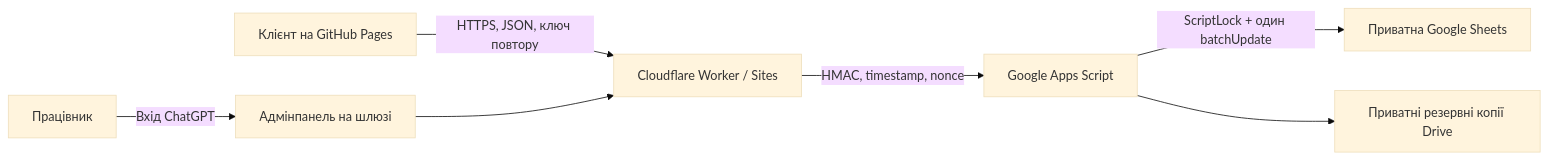
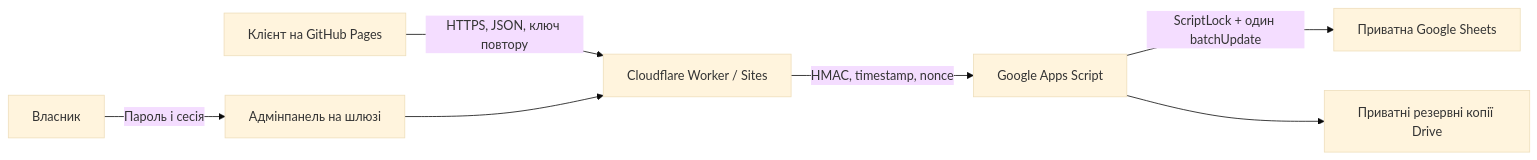
One commit to OlexanderKolsnyk/The_Royal_Barbershop changed the diagram in docs/ARCHITECTURE.md. Above: the diagram before and after it, drawn with Mermaid (base theme). The commit also changed other lines of this file and 22 other files, not shown here.

````diff
--- a/docs/ARCHITECTURE.md
+++ b/docs/ARCHITECTURE.md
@@ -3,9 +3,9 @@
 ```mermaid
 flowchart LR
   Client[Клієнт на GitHub Pages] -->|HTTPS, JSON, ключ повтору| Gateway[Cloudflare Worker / Sites]
-  Staff[Працівник] -->|Вхід ChatGPT| Admin[Адмінпанель на шлюзі]
+  Staff[Власник] -->|Пароль і сесія| Admin[Адмінпанель на шлюзі]
   Admin --> Gateway
   Gateway -->|HMAC, timestamp, nonce| GAS[Google Apps Script]
   GAS -->|ScriptLock + один batchUpdate| Sheets[Приватна Google Sheets]
   GAS --> Backups[Приватні резервні копії Drive]
 ```
````
